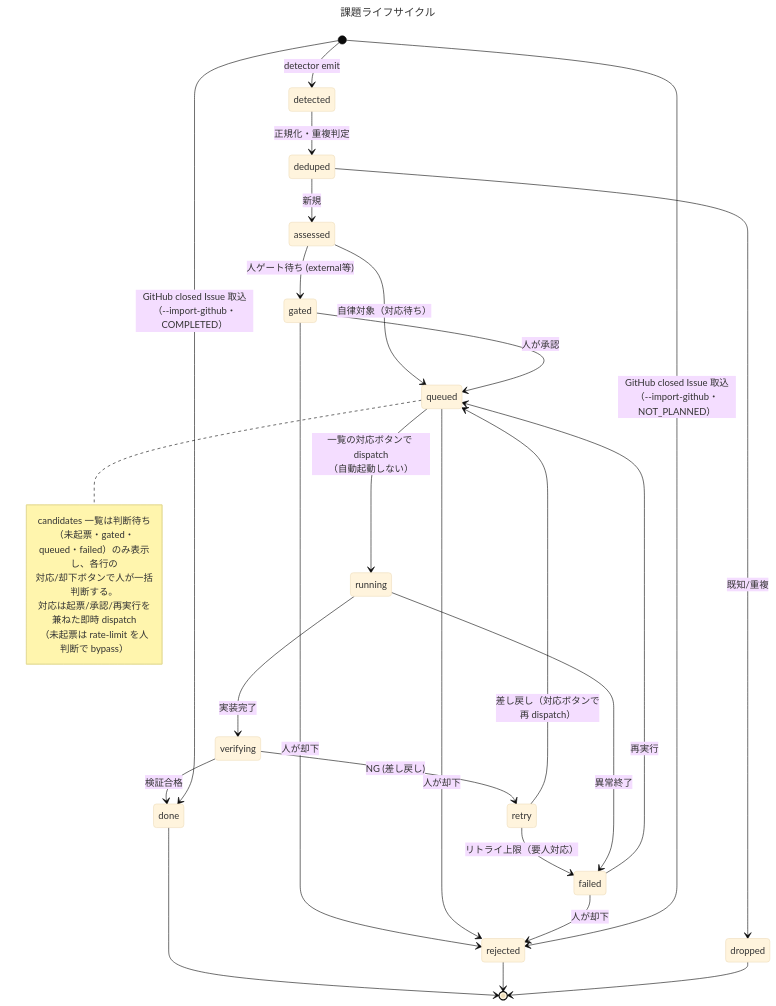
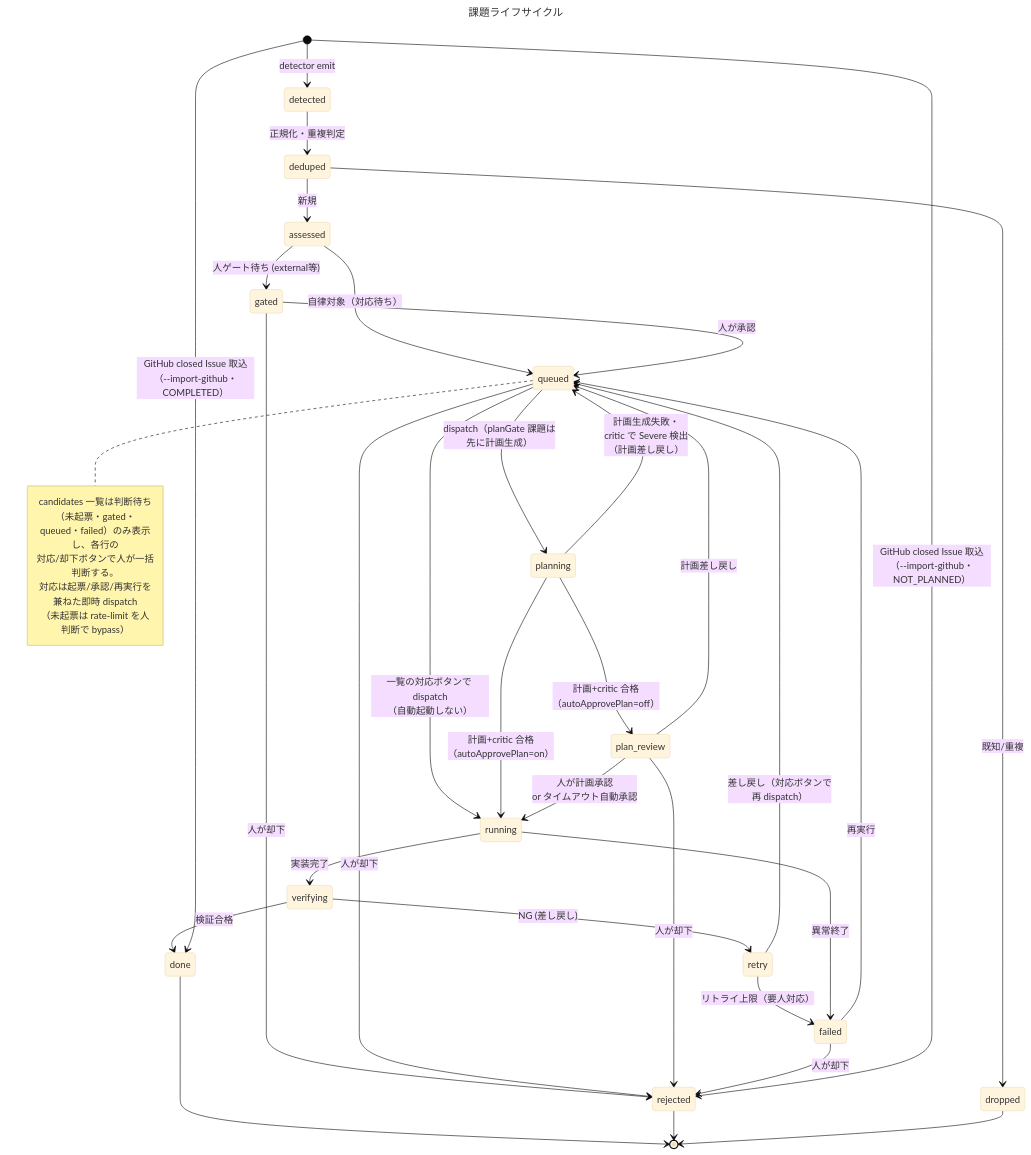
One commit to yamamoto-ryuzo/kasugai_agent changed the diagram in diagrams/issue-lifecycle.mmd. Above: the diagram before and after it, drawn with Mermaid (base theme). The commit also changed 19 other files, not shown here.

First line of the commit message:
品質強化: 計画承認ゲート＋Planning Critic（planGate 課題は実装前に計画生成→critic 批評→承認を経由）

```diff
--- a/diagrams/issue-lifecycle.mmd
+++ b/diagrams/issue-lifecycle.mmd
@@ -1,34 +1,41 @@
 ---
 title: 課題ライフサイクル
 ---
 stateDiagram-v2
     [*] --> detected : detector emit
     detected --> deduped : 正規化・重複判定
     deduped --> dropped : 既知/重複
     deduped --> assessed : 新規
     assessed --> gated : 人ゲート待ち (external等)
     assessed --> queued : 自律対象（対応待ち）
     gated --> queued : 人が承認
     gated --> rejected : 人が却下
     queued --> running : 一覧の対応ボタンで dispatch<br/>（自動起動しない）
+    queued --> planning : dispatch（planGate 課題は<br/>先に計画生成）
     queued --> rejected : 人が却下
+    planning --> plan_review : 計画+critic 合格<br/>（autoApprovePlan=off）
+    planning --> running : 計画+critic 合格<br/>（autoApprovePlan=on）
+    planning --> queued : 計画生成失敗・<br/>critic で Severe 検出<br/>（計画差し戻し）
+    plan_review --> running : 人が計画承認<br/>or タイムアウト自動承認
+    plan_review --> queued : 計画差し戻し
+    plan_review --> rejected : 人が却下
     running --> verifying : 実装完了
     verifying --> done : 検証合格
     verifying --> retry : NG (差し戻し)
     retry --> queued : 差し戻し（対応ボタンで<br/>再 dispatch）
     retry --> failed : リトライ上限（要人対応）
     running --> failed : 異常終了
     failed --> queued : 再実行
     failed --> rejected : 人が却下
     note right of queued
         candidates 一覧は判断待ち（未起票・gated・
         queued・failed）のみ表示し、各行の
         対応/却下ボタンで人が一括判断する。
         対応は起票/承認/再実行を兼ねた即時 dispatch
         （未起票は rate-limit を人判断で bypass）
     end note
     done --> [*]
     rejected --> [*]
     dropped --> [*]
     [*] --> done : GitHub closed Issue 取込<br/>（--import-github・COMPLETED）
     [*] --> rejected : GitHub closed Issue 取込<br/>（--import-github・NOT_PLANNED）
```
